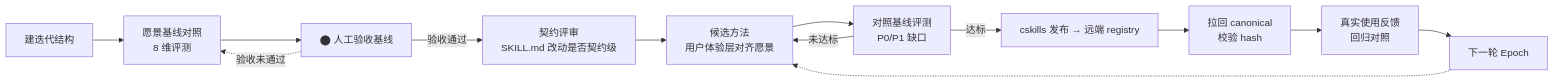
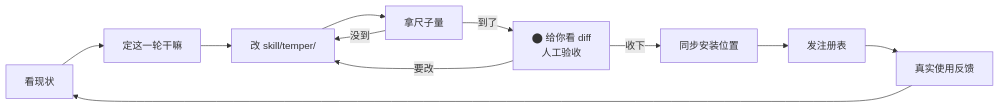
One commit to Zhong-Ze-Wei/temper changed the diagram in 循环/循环总览.md. Above: the diagram before and after it, drawn with Mermaid. The commit also changed other lines of this file and 11 other files, not shown here.

Commit message:
feat: 元层修正——skill 入仓版本化、README 完整化+loop 图、候选讲人话重写

````diff
--- a/循环/循环总览.md
+++ b/循环/循环总览.md
@@ -5,15 +5,13 @@
 ```mermaid
 flowchart LR
-    A[建迭代结构] --> B[愿景基线对照<br/>8 维评测]
-    B --> C[⬤ 人工验收基线]
-    C -->|验收通过| D[契约评审<br/>SKILL.md 改动是否契约级]
-    C -.->|验收未通过| B
-    D --> E[候选方法<br/>用户体验层对齐愿景]
-    E --> F[对照基线评测<br/>P0/P1 缺口]
-    F -->|达标| G[cskills 发布 → 远端 registry]
-    F -->|未达标| E
-    G --> H[拉回 canonical<br/>校验 hash]
-    H --> I[真实使用反馈<br/>回归对照]
-    I --> J[下一轮 Epoch]
-    J -.-> E
+    A[看现状] --> B[定这一轮干嘛]
+    B --> C[改 skill/temper/]
+    C --> D[拿尺子量]
+    D -->|没到| C
+    D -->|到了| E[⬤ 给你看 diff<br/>人工验收]
+    E -->|要改| C
+    E -->|收下| F[同步安装位置]
+    F --> G[发注册表]
+    G --> H[真实使用反馈]
+    H --> A
 ```
````
